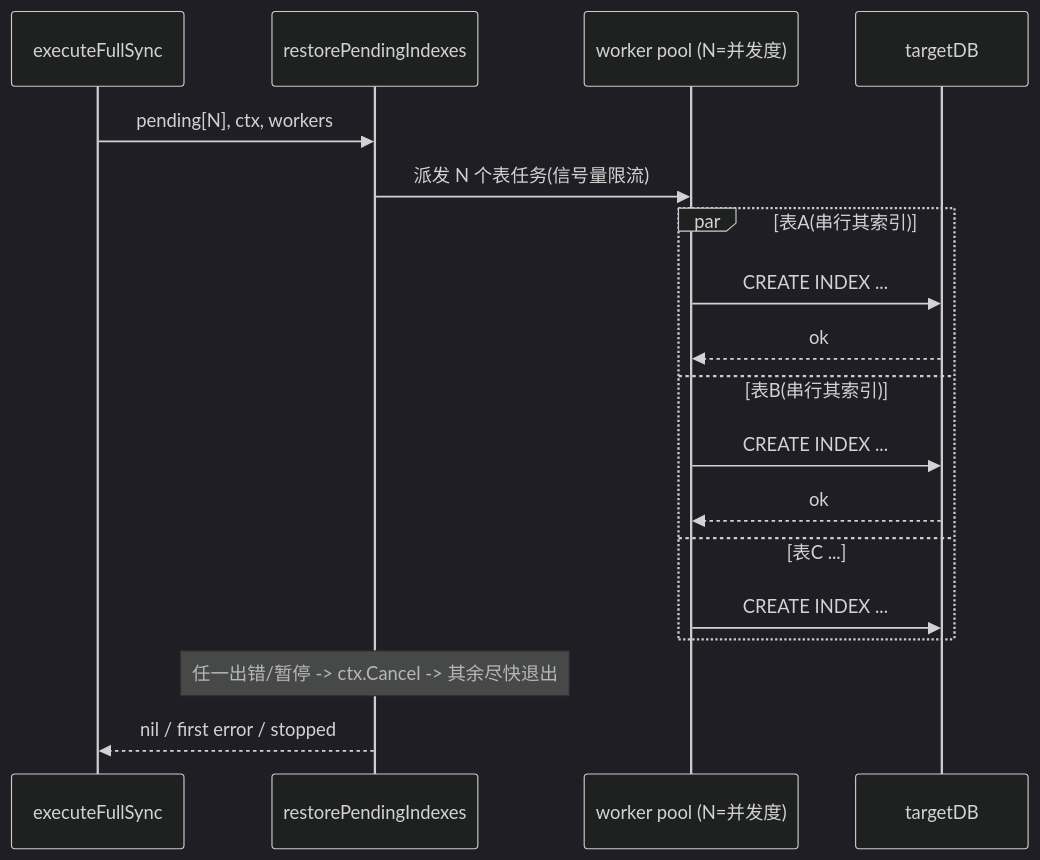
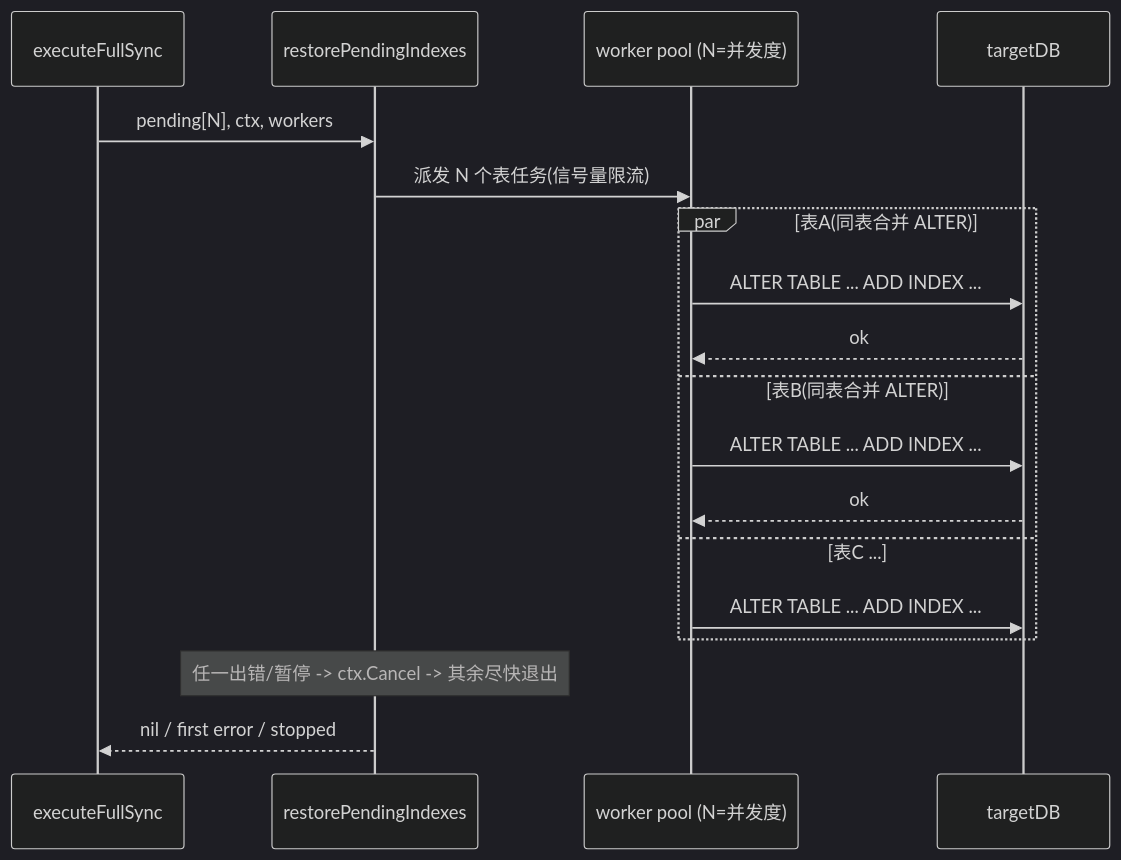
One commit to 734965549/mysql_to_asyns changed the third of 3 diagrams in docs/optimization/INDEX_RESTORE_CONCURRENCY_OPTIMIZATION.md. Above: the diagram before and after it, drawn with Mermaid (dark theme). The commit also changed other lines of this file and 4 other files, not shown here.

````diff
--- a/docs/optimization/INDEX_RESTORE_CONCURRENCY_OPTIMIZATION.md
+++ b/docs/optimization/INDEX_RESTORE_CONCURRENCY_OPTIMIZATION.md
@@ -80,20 +82,20 @@
 ```mermaid
 sequenceDiagram
     participant Caller as executeFullSync
     participant R as restorePendingIndexes
     participant Pool as worker pool (N=并发度)
     participant DB as targetDB
     Caller->>R: pending[N], ctx, workers
     R->>Pool: 派发 N 个表任务(信号量限流)
-    par 表A(串行其索引)
-        Pool->>DB: CREATE INDEX ...
+    par 表A(同表合并 ALTER)
+        Pool->>DB: ALTER TABLE ... ADD INDEX ...
         DB-->>Pool: ok
-    and 表B(串行其索引)
-        Pool->>DB: CREATE INDEX ...
+    and 表B(同表合并 ALTER)
+        Pool->>DB: ALTER TABLE ... ADD INDEX ...
         DB-->>Pool: ok
     and 表C ...
-        Pool->>DB: CREATE INDEX ...
+        Pool->>DB: ALTER TABLE ... ADD INDEX ...
     end
     Note over R: 任一出错/暂停 -> ctx.Cancel -> 其余尽快退出
     R-->>Caller: nil / first error / stopped
 ```
````
